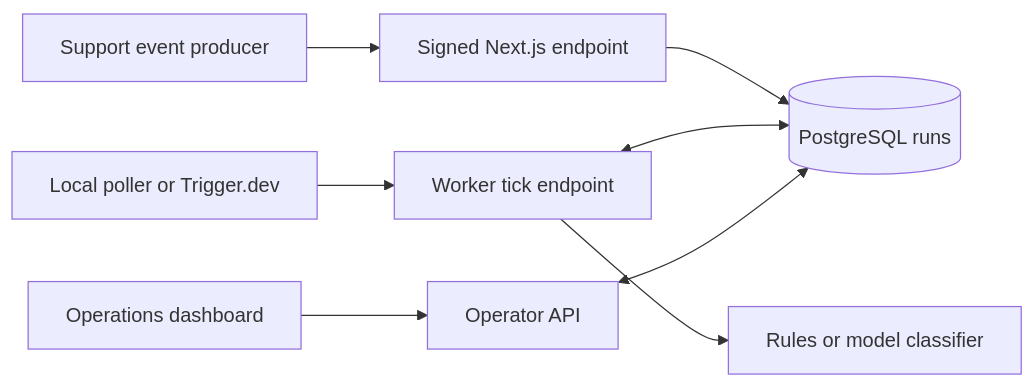
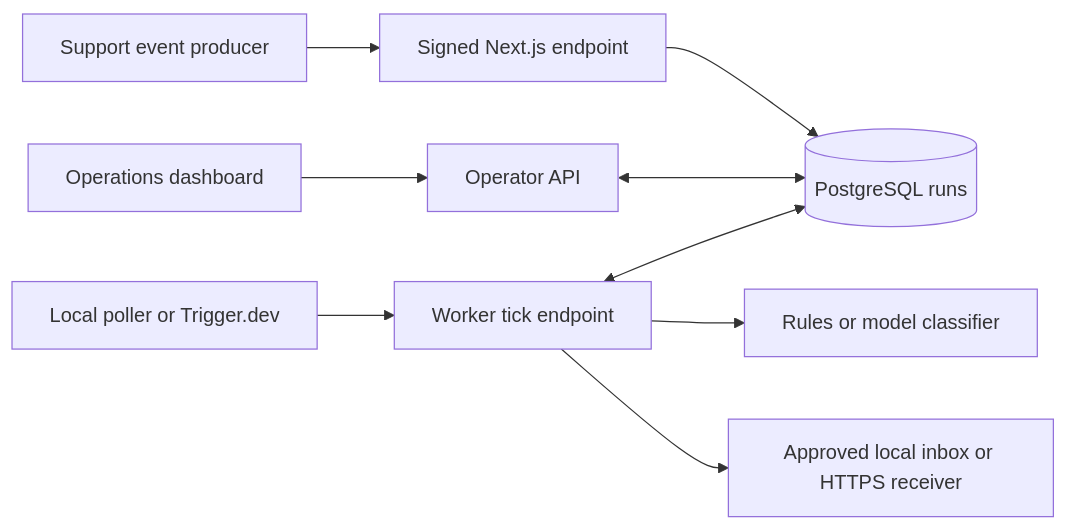
Before and after one commit to omerasik/flowpulse: the diagram in docs/architecture.md, drawn with Mermaid. The commit also changed other lines of this file and 2 other files, not shown here.

Commit message:
Document delivery receiver and local workflow demo

````diff
--- a/docs/architecture.md
+++ b/docs/architecture.md
@@ -3,10 +3,11 @@
 ```mermaid
 flowchart LR
     Producer[Support event producer] --> Intake[Signed Next.js endpoint]
     Intake --> DB[(PostgreSQL runs)]
     Scheduler[Local poller or Trigger.dev] --> Worker[Worker tick endpoint]
     Worker <--> DB
     Worker --> Classifier[Rules or model classifier]
+    Worker --> Destination[Approved local inbox or HTTPS receiver]
     Operator[Operations dashboard] --> Review[Operator API]
     Review <--> DB
 ```
````
